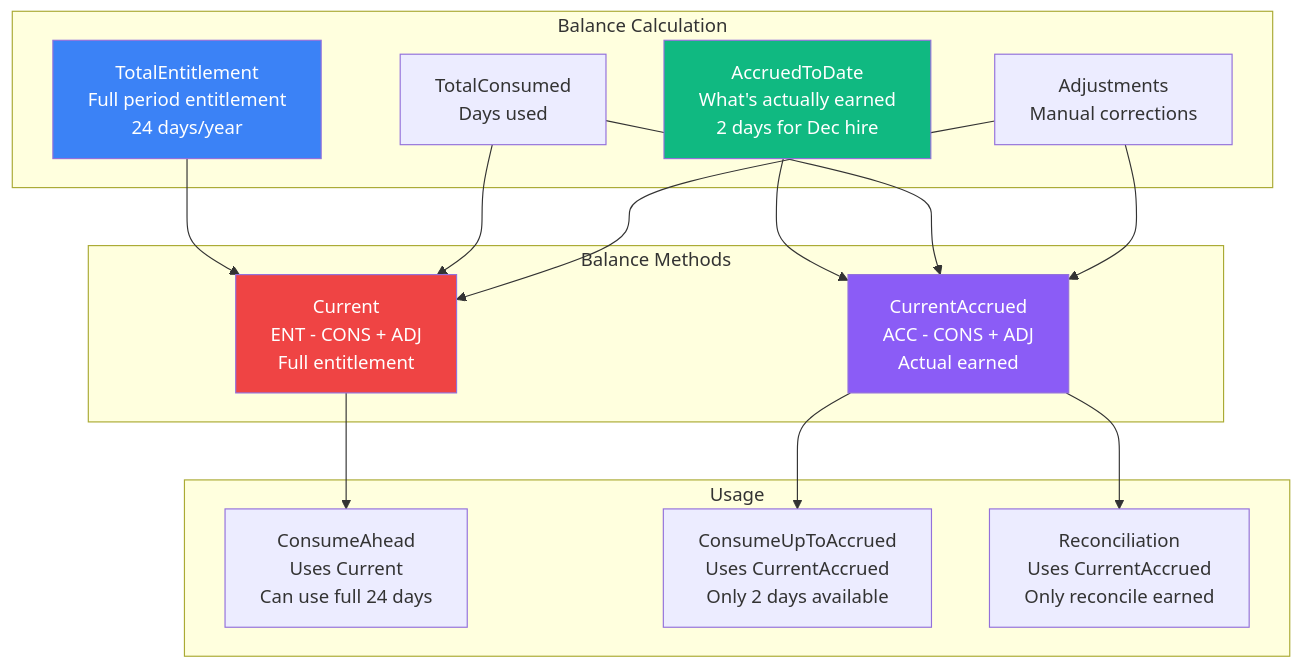
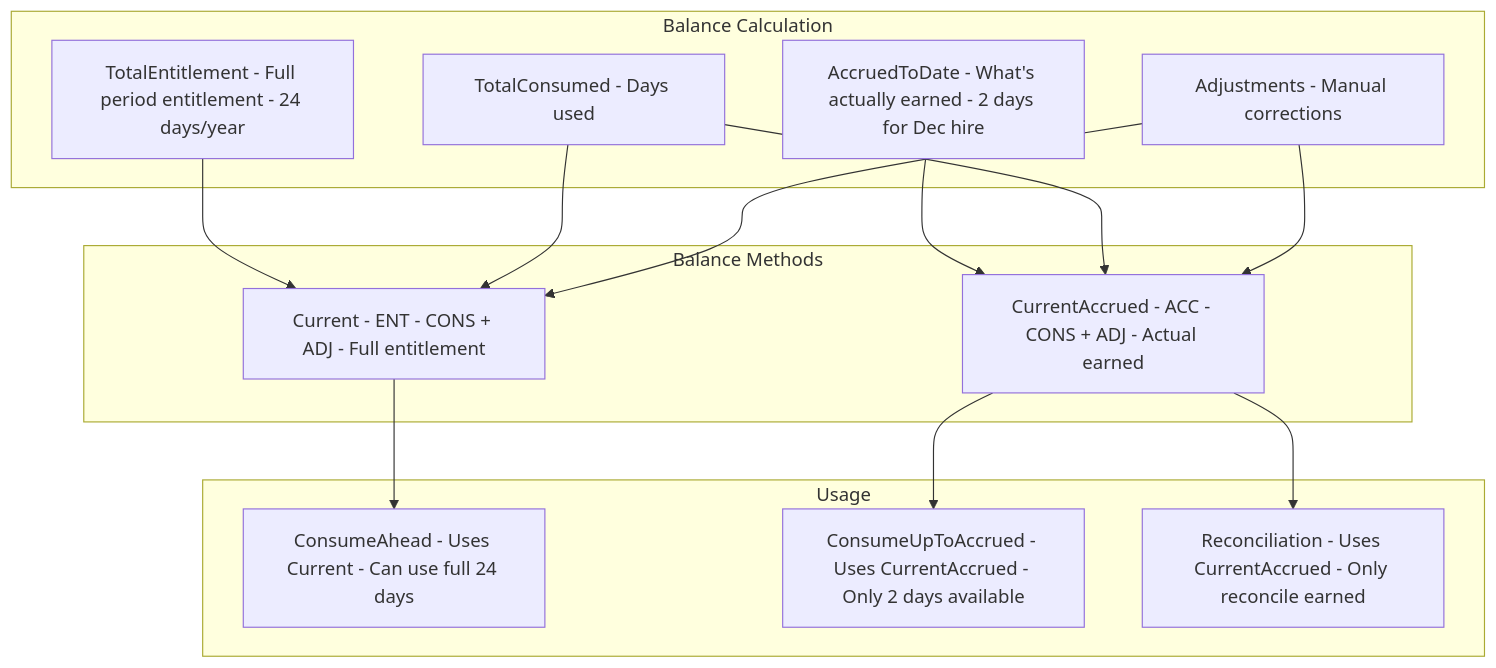
Before and after one commit to AntoineToussaint/timeoff: the seventh of 22 diagrams in README.md, drawn with Mermaid. The commit also changed other lines of this file, not shown here.

First line of the commit message:
Fix Mermaid diagrams for GitHub rendering

````diff
--- a/README.md
+++ b/README.md
@@ -329,36 +310,32 @@
 ```mermaid
 graph TB
     subgraph Balance["Balance Calculation"]
-        ENT[TotalEntitlement<br/>Full period entitlement<br/>24 days/year]
-        ACC[AccruedToDate<br/>What's actually earned<br/>2 days for Dec hire]
-        CONS[TotalConsumed<br/>Days used]
-        ADJ[Adjustments<br/>Manual corrections]
+        ENT[TotalEntitlement - Full period entitlement - 24 days/year]
+        ACC[AccruedToDate - What's actually earned - 2 days for Dec hire]
+        CONS[TotalConsumed - Days used]
+        ADJ[Adjustments - Manual corrections]
     end
     
     subgraph Methods["Balance Methods"]
-        CURRENT[Current<br/>ENT - CONS + ADJ<br/>Full entitlement]
-        ACCRUED[CurrentAccrued<br/>ACC - CONS + ADJ<br/>Actual earned]
+        CURRENT[Current - ENT - CONS + ADJ - Full entitlement]
+        ACCRUED[CurrentAccrued - ACC - CONS + ADJ - Actual earned]
     end
     
     subgraph Usage["Usage"]
-        CA[ConsumeAhead<br/>Uses Current<br/>Can use full 24 days]
-        CUTA[ConsumeUpToAccrued<br/>Uses CurrentAccrued<br/>Only 2 days available]
-        REC[Reconciliation<br/>Uses CurrentAccrued<br/>Only reconcile earned]
+        CA[ConsumeAhead - Uses Current - Can use full 24 days]
+        CUTA[ConsumeUpToAccrued - Uses CurrentAccrued - Only 2 days available]
+        REC[Reconciliation - Uses CurrentAccrued - Only reconcile earned]
     end
     
     ENT --> CURRENT
     ACC --> ACCRUED
     CONS --> CURRENT
     CONS --> ACCRUED
     ADJ --> CURRENT
     ADJ --> ACCRUED
     
     CURRENT --> CA
     ACCRUED --> CUTA
     ACCRUED --> REC
     
-    style ENT fill:#3b82f6,color:#fff
-    style ACC fill:#10b981,color:#fff
-    style CURRENT fill:#ef4444,color:#fff
-    style ACCRUED fill:#8b5cf6,color:#fff
 ```
````
